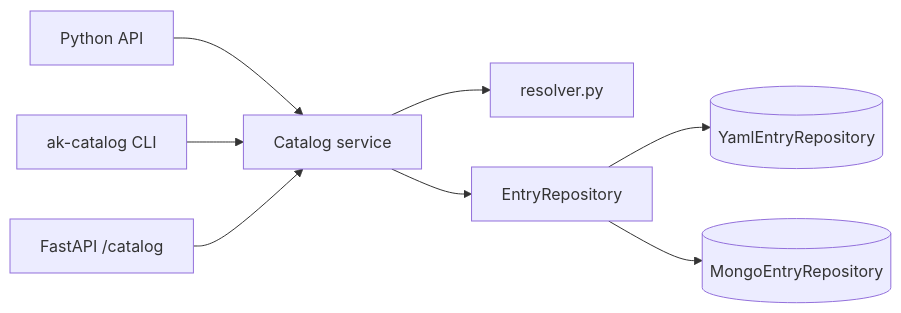
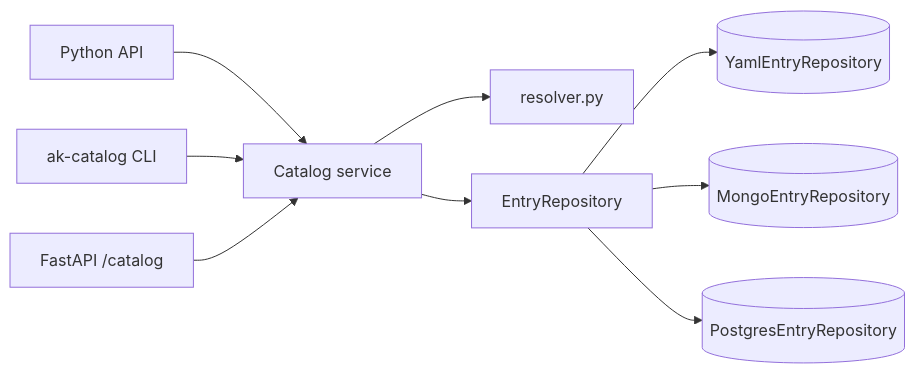
Before and after one commit to b12consulting/akgentic-catalog: the diagram in README.md, drawn with Mermaid. The commit also changed other lines of this file and 13 other files, not shown here.

````diff
--- a/README.md
+++ b/README.md
@@ -154,10 +156,11 @@
 ```mermaid
 flowchart LR
     PY[Python API] --> CAT
     CLI[ak-catalog CLI] --> CAT
     API[FastAPI /catalog] --> CAT
     CAT[Catalog service] --> RES[resolver.py]
     CAT --> REPO[EntryRepository]
     REPO --> YAML[(YamlEntryRepository)]
     REPO --> MONGO[(MongoEntryRepository)]
+    REPO --> POSTGRES[(PostgresEntryRepository)]
 ```
````
